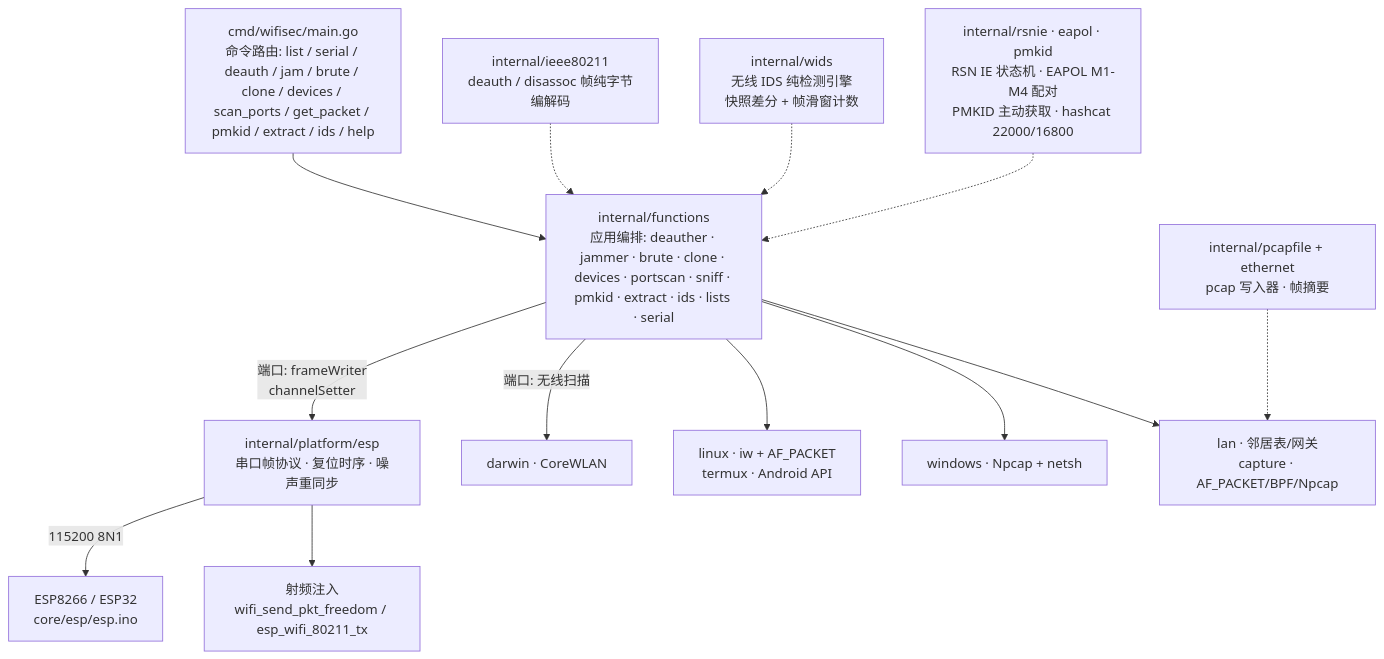
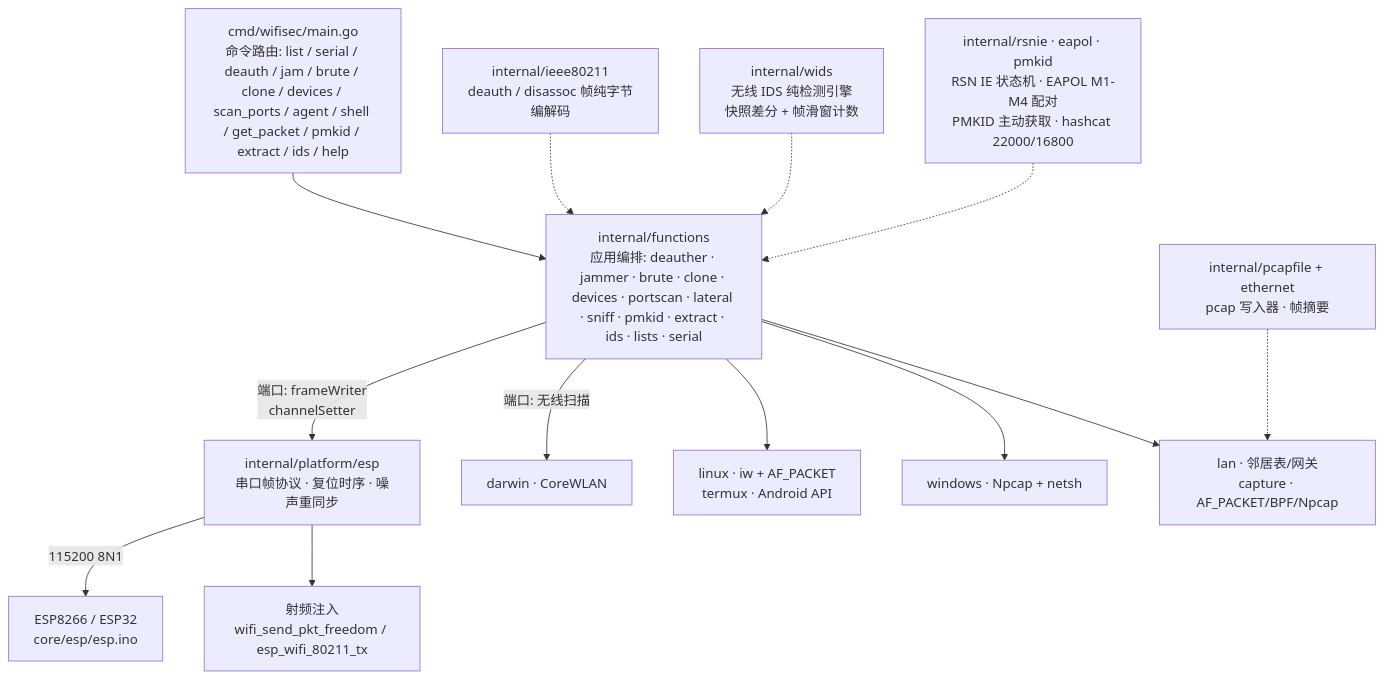
Before and after one commit to ctkqiang/wifisec: the diagram in README.md, drawn with Mermaid. The commit also changed other lines of this file and 31 other files, not shown here.

````diff
--- a/README.md
+++ b/README.md
@@ -106,15 +106,15 @@
 ```mermaid
 flowchart TB
-    CLI["cmd/wifisec/main.go<br/>命令路由: list / serial / deauth / jam / brute / clone / devices / scan_ports / get_packet / pmkid / extract / ids / help"] --> APP["internal/functions<br/>应用编排: deauther · jammer · brute · clone · devices · portscan · sniff · pmkid · extract · ids · lists · serial"]
+    CLI["cmd/wifisec/main.go<br/>命令路由: list / serial / deauth / jam / brute / clone / devices / scan_ports / agent / shell / get_packet / pmkid / extract / ids / help"] --> APP["internal/functions<br/>应用编排: deauther · jammer · brute · clone · devices · portscan · lateral · sniff · pmkid · extract · ids · lists · serial"]
     APP -->|"端口: frameWriter<br/>channelSetter"| ESP["internal/platform/esp<br/>串口帧协议 · 复位时序 · 噪声重同步"]
     APP -->|"端口: 无线扫描"| DAR["darwin · CoreWLAN"]
     APP --> LIN["linux · iw + AF_PACKET<br/>termux · Android API"]
     APP --> WIN["windows · Npcap + netsh"]
     APP --> LAN["lan · 邻居表/网关<br/>capture · AF_PACKET/BPF/Npcap"]
     ESP -->|"115200 8N1"| HW["ESP8266 / ESP32<br/>core/esp/esp.ino"]
     IEEE["internal/ieee80211<br/>deauth / disassoc 帧纯字节编解码"] -.-> APP
     PCAP["internal/pcapfile + ethernet<br/>pcap 写入器 · 帧摘要"] -.-> LAN
     WIDS["internal/wids<br/>无线 IDS 纯检测引擎<br/>快照差分 + 帧滑窗计数"] -.-> APP
     PMK["internal/rsnie · eapol · pmkid<br/>RSN IE 状态机 · EAPOL M1-M4 配对<br/>PMKID 主动获取 · hashcat 22000/16800"] -.-> APP
     ESP --> HW2["射频注入<br/>wifi_send_pkt_freedom / esp_wifi_80211_tx"]
 ```
````
